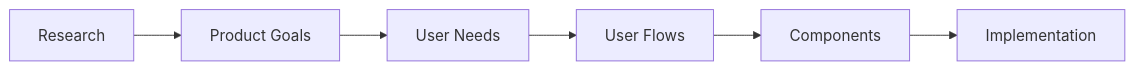
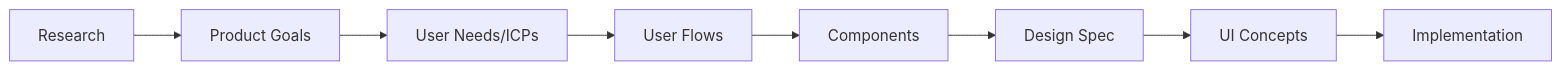
Before and after one commit to Casper-Studios/cf-saas-starter-react-router: the first of 13 diagrams in .cursor/skills/ux-product-thinking/SKILL.md, drawn with Mermaid. The commit also changed other lines of this file and 28 other files, not shown here.

````diff
--- a/.cursor/skills/ux-product-thinking/SKILL.md
+++ b/.cursor/skills/ux-product-thinking/SKILL.md
@@ -22,8 +41,10 @@
 ```mermaid
 flowchart LR
     R[Research] --> G[Product Goals]
-    G --> U[User Needs]
+    G --> U[User Needs/ICPs]
     U --> F[User Flows]
     F --> C[Components]
-    C --> I[Implementation]
+    C --> D[Design Spec]
+    D --> UI[UI Concepts]
+    UI --> I[Implementation]
 ```
````
